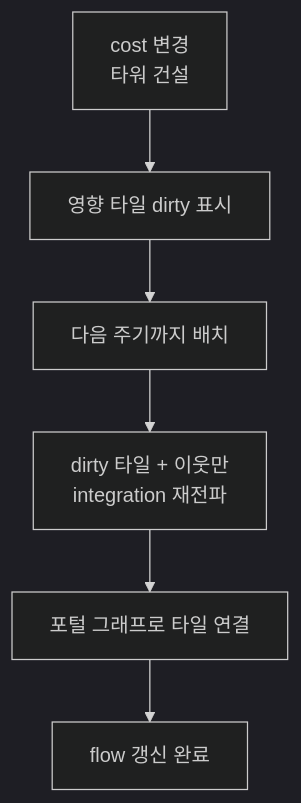
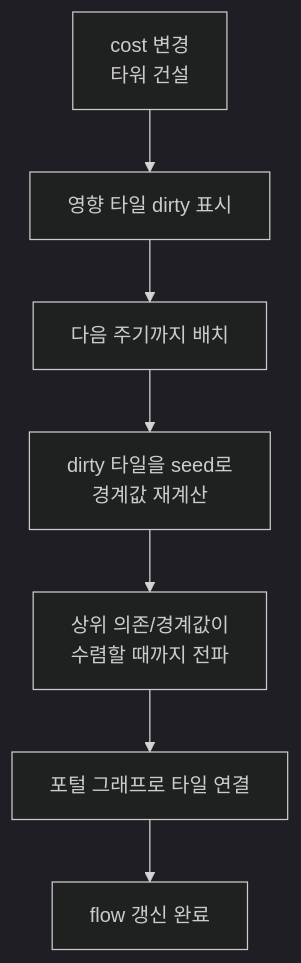
The sixth of 6 diagrams in ai/part10_flow_field.md (Rein-ArXiv/game-dev-curriculum), drawn with Mermaid (dark theme) before and after one commit. The commit also changed other lines of this file and 279 other files, not shown here.

````diff
--- a/ai/part10_flow_field.md
+++ b/ai/part10_flow_field.md
@@ -624,8 +631,9 @@
 ```mermaid
 flowchart TB
     Change[cost 변경<br/>타워 건설] --> Mark[영향 타일 dirty 표시]
     Mark --> Defer[다음 주기까지 배치]
-    Defer --> Rebuild[dirty 타일 + 이웃만<br/>integration 재전파]
-    Rebuild --> Portal[포털 그래프로 타일 연결]
+    Defer --> Seed[dirty 타일을 seed로<br/>경계값 재계산]
+    Seed --> Propagate[상위 의존/경계값이<br/>수렴할 때까지 전파]
+    Propagate --> Portal[포털 그래프로 타일 연결]
     Portal --> Done[flow 갱신 완료]
 ```
````
